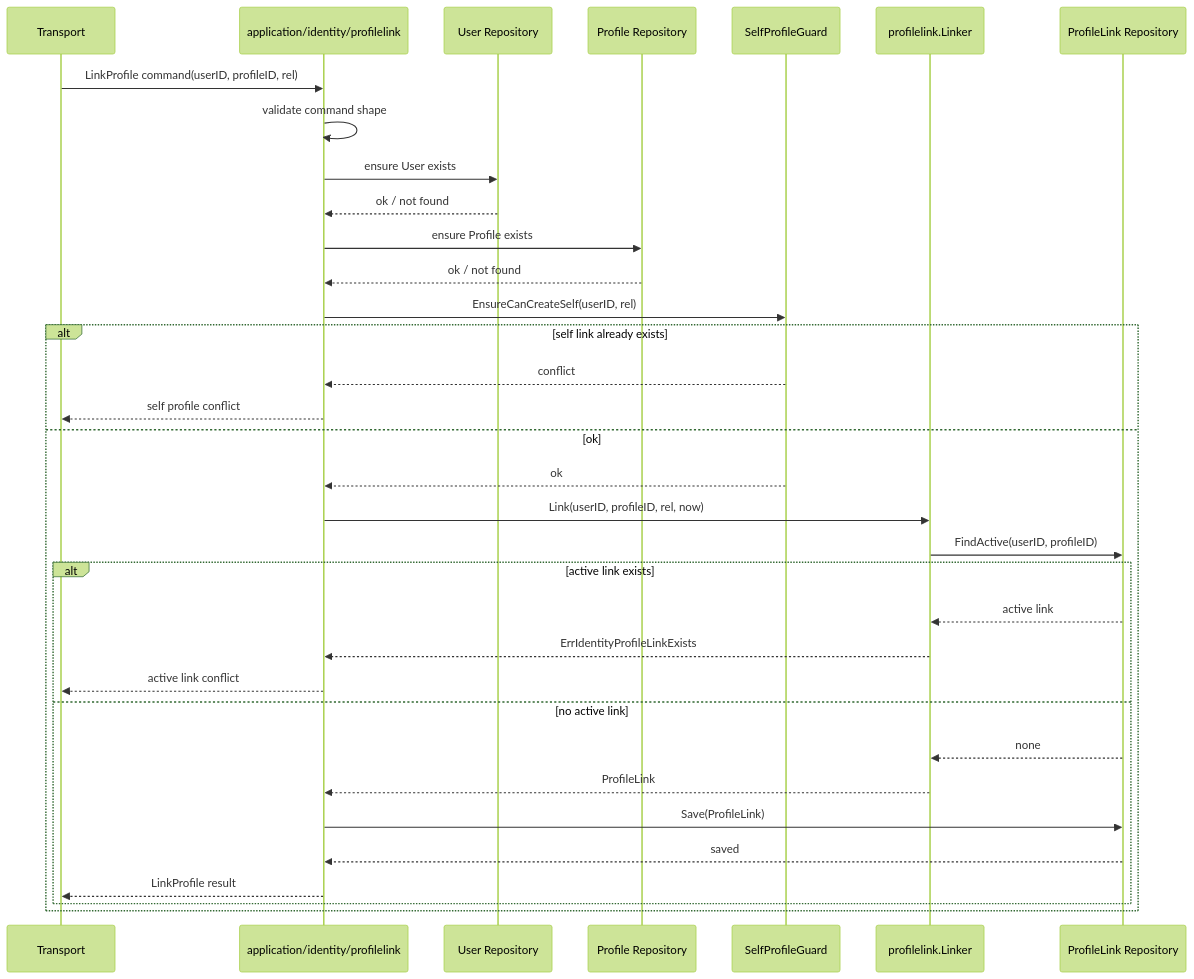
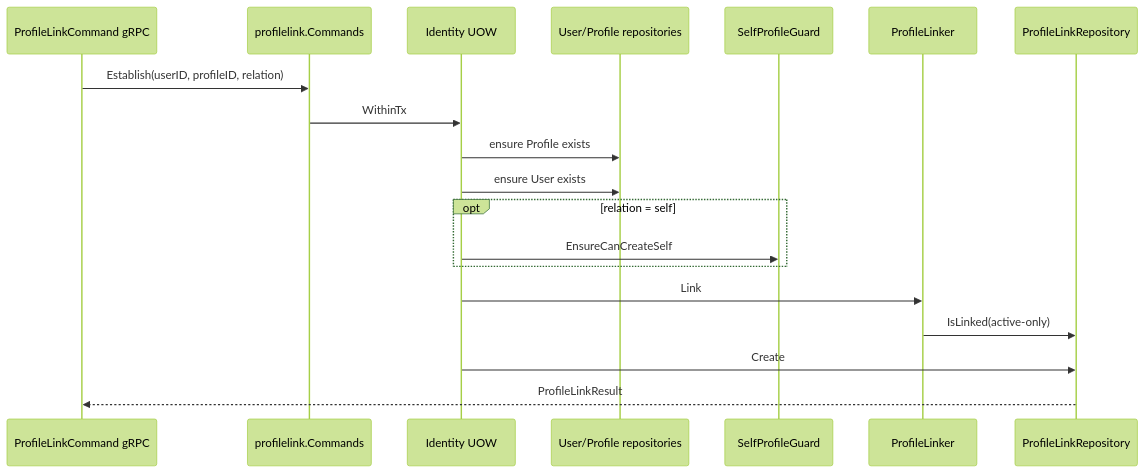
Before and after one commit to FangcunMount/iam: the second of 3 diagrams in docs/02-业务模块/01-Identity/03-关键链路-建立与撤销ProfileLink.md, drawn with Mermaid (forest theme). The commit also changed other lines of this file and 7 other files, not shown here.

````diff
--- a/docs/02-业务模块/01-Identity/03-关键链路-建立与撤销ProfileLink.md
+++ b/docs/02-业务模块/01-Identity/03-关键链路-建立与撤销ProfileLink.md
@@ -209,37 +203,22 @@
 ```mermaid
 sequenceDiagram
-    participant T as Transport
-    participant A as application/identity/profilelink
-    participant U as User Repository
-    participant P as Profile Repository
-    participant G as SelfProfileGuard
-    participant L as profilelink.Linker
-    participant R as ProfileLink Repository
+    participant G as ProfileLinkCommand gRPC
+    participant A as profilelink.Commands
+    participant U as Identity UOW
+    participant P as User/Profile repositories
+    participant Guard as SelfProfileGuard
+    participant L as ProfileLinker
+    participant R as ProfileLinkRepository
 
-    T->>A: LinkProfile command(userID, profileID, rel)
-    A->>A: validate command shape
-    A->>U: ensure User exists
-    U-->>A: ok / not found
-    A->>P: ensure Profile exists
-    P-->>A: ok / not found
-    A->>G: EnsureCanCreateSelf(userID, rel)
-    alt self link already exists
-        G-->>A: conflict
-        A-->>T: self profile conflict
-    else ok
-        G-->>A: ok
-        A->>L: Link(userID, profileID, rel, now)
-        L->>R: FindActive(userID, profileID)
-        alt active link exists
-            R-->>L: active link
-            L-->>A: ErrIdentityProfileLinkExists
-            A-->>T: active link conflict
-        else no active link
-            R-->>L: none
-            L-->>A: ProfileLink
-            A->>R: Save(ProfileLink)
-            R-->>A: saved
-            A-->>T: LinkProfile result
-        end
+    G->>A: Establish(userID, profileID, relation)
+    A->>U: WithinTx
+    U->>P: ensure Profile exists
+    U->>P: ensure User exists
+    opt relation = self
+        U->>Guard: EnsureCanCreateSelf
     end
+    U->>L: Link
+    L->>R: IsLinked(active-only)
+    U->>R: Create
+    R-->>G: ProfileLinkResult
 ```
````
